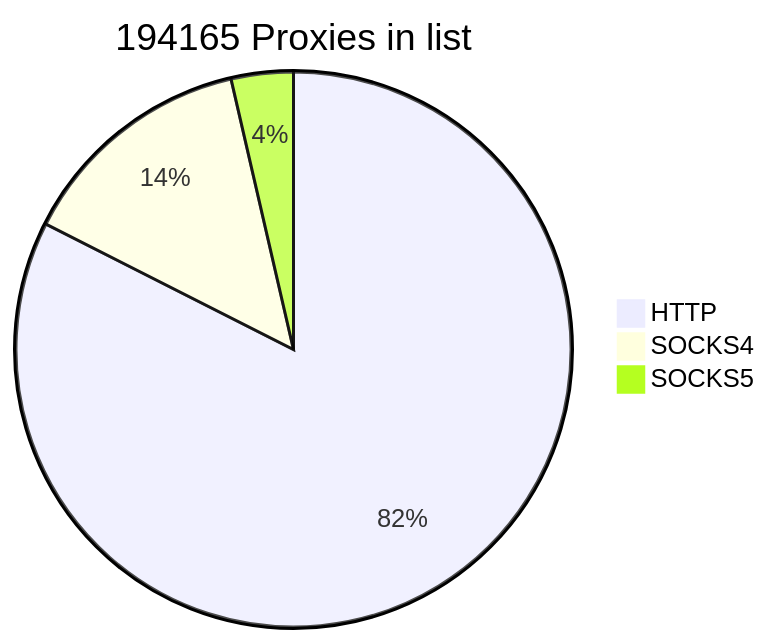
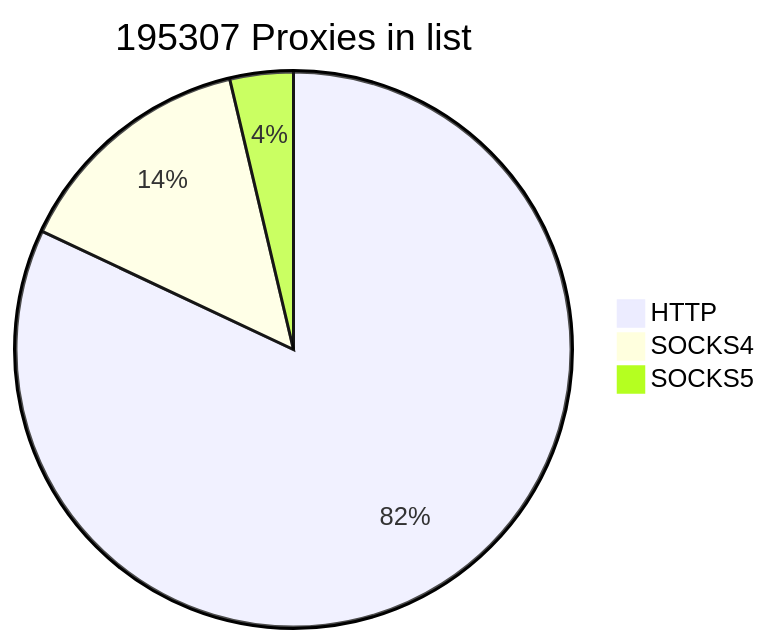
One commit to cutipu/proxylist changed the first of 2 diagrams in README.md. Above: the diagram before and after it, drawn with Mermaid. The commit also changed other lines of this file, not shown here.

````diff
--- a/README.md
+++ b/README.md
@@ -2,7 +2,7 @@
 ```mermaid
-pie title 194165 Proxies in list
-    "HTTP" : 160119
-    "SOCKS4" : 27033
-    "SOCKS5" : 7013
+pie title 195307 Proxies in list
+    "HTTP" : 160143
+    "SOCKS4" : 27964
+    "SOCKS5" : 7200
             
 ```
````
